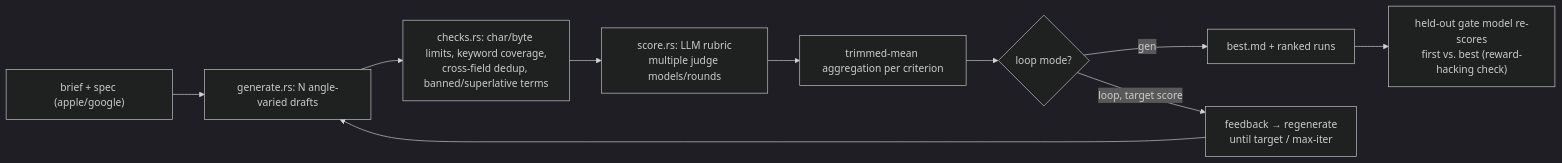
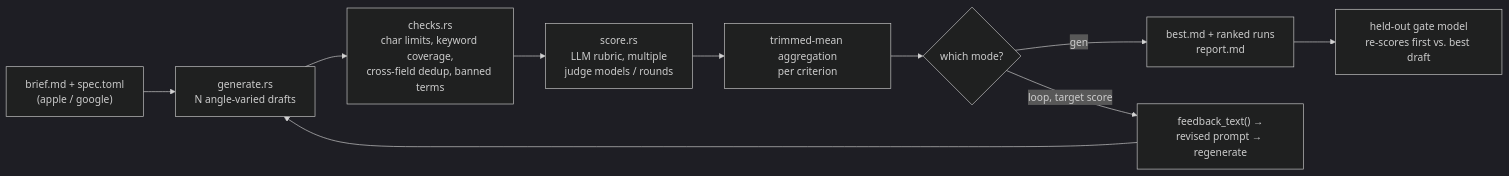
The first of 6 diagrams in README.md (Loop-Suite/aso-loop), drawn with Mermaid (dark theme) before and after one commit. The commit also changed other lines of this file, not shown here.

First line of the commit message:
Rewrite README in English with pipeline, architecture, and scoring diagrams

````diff
--- a/README.md
+++ b/README.md
@@ -12,12 +23,12 @@
 ```mermaid
 flowchart LR
-    A["brief + spec (apple/google)"] --> B["generate.rs: N angle-varied drafts"]
-    B --> C["checks.rs: char/byte limits, keyword coverage,<br/>cross-field dedup, banned/superlative terms"]
-    C --> D["score.rs: LLM rubric<br/>multiple judge models/rounds"]
-    D --> E["trimmed-mean aggregation per criterion"]
-    E --> F{"loop mode?"}
-    F -->|"gen"| G["best.md + ranked runs"]
-    F -->|"loop, target score"| H["feedback → regenerate<br/>until target / max-iter"]
+    A["brief.md + spec.toml<br/>(apple / google)"] --> B["generate.rs<br/>N angle-varied drafts"]
+    B --> C["checks.rs<br/>char limits, keyword coverage,<br/>cross-field dedup, banned terms"]
+    C --> D["score.rs<br/>LLM rubric, multiple<br/>judge models / rounds"]
+    D --> E["trimmed-mean aggregation<br/>per criterion"]
+    E --> F{"which mode?"}
+    F -->|"gen"| G["best.md + ranked runs<br/>report.md"]
+    F -->|"loop, target score"| H["feedback_text() →<br/>revised prompt → regenerate"]
     H --> B
-    G --> I["held-out gate model re-scores<br/>first vs. best (reward-hacking check)"]
+    G --> I["held-out gate model<br/>re-scores first vs. best draft"]
 ```
````
